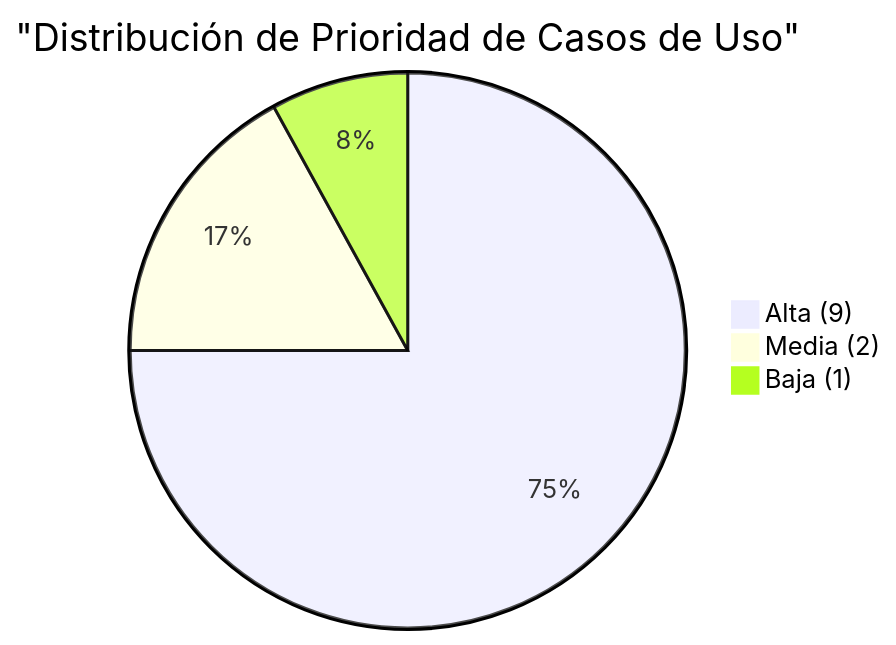
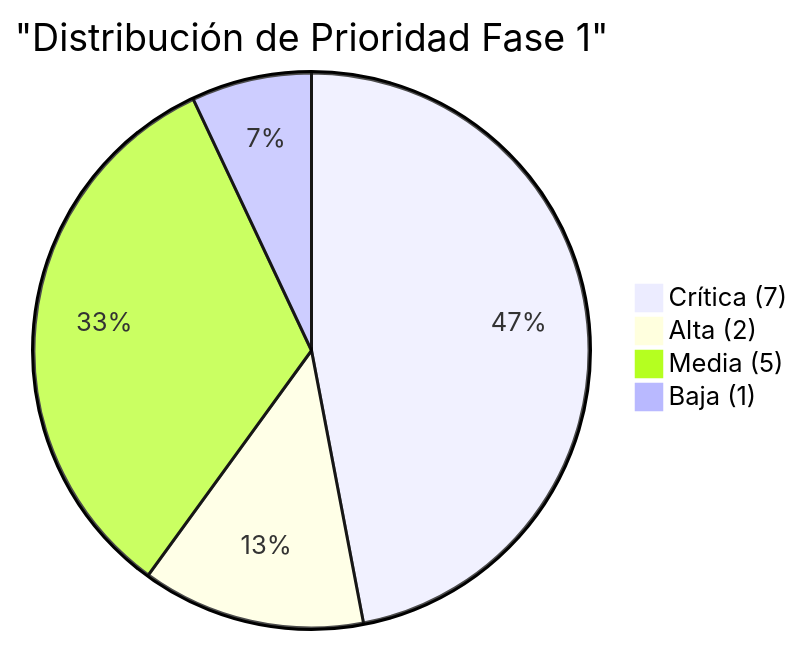
The second of 4 diagrams in REQUERIMIENTOS_Y_CASOS_DE_USO.md (dleonsystem/sep_evaluacion_diagnostica), drawn with Mermaid before and after one commit. The commit also changed other lines of this file and 6 other files, not shown here.

````diff
--- a/REQUERIMIENTOS_Y_CASOS_DE_USO.md
+++ b/REQUERIMIENTOS_Y_CASOS_DE_USO.md
@@ -546,6 +1180,7 @@
 ```mermaid
-pie title "Distribución de Prioridad de Casos de Uso"
-    "Alta (9)" : 75
-    "Media (2)" : 17
-    "Baja (1)" : 8
+pie title "Distribución de Prioridad Fase 1"
+    "Crítica (7)" : 47
+    "Alta (2)" : 13
+    "Media (5)" : 33
+    "Baja (1)" : 7
 ```
````
